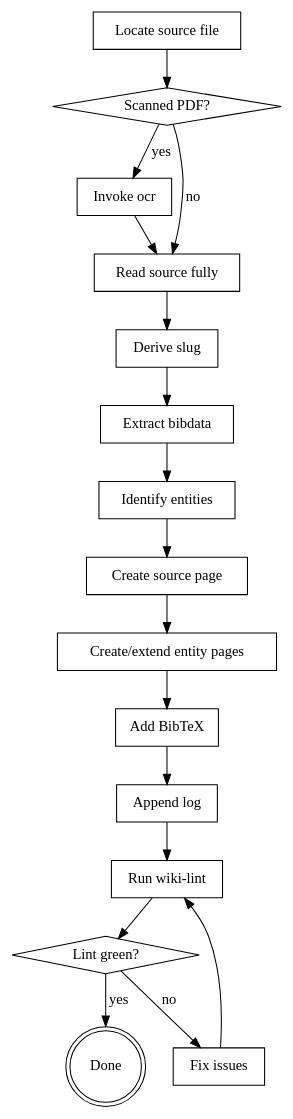
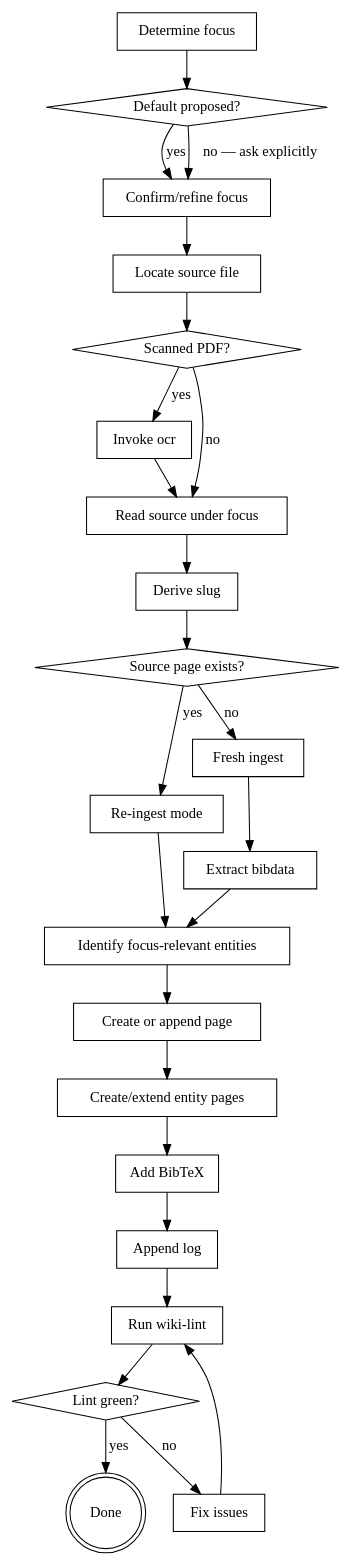
One commit to leiverkus/research-superpowers changed the diagram in skills/ingest-source/SKILL.md. Above: the diagram before and after it, drawn with Graphviz. The commit also changed other lines of this file and 11 other files, not shown here.

````diff
--- a/skills/ingest-source/SKILL.md
+++ b/skills/ingest-source/SKILL.md
@@ -72,36 +88,50 @@
 ```dot
 digraph ingest {
+    "Determine focus" [shape=box];
+    "Default proposed?" [shape=diamond];
+    "Confirm/refine focus" [shape=box];
     "Locate source file" [shape=box];
     "Scanned PDF?" [shape=diamond];
     "Invoke ocr" [shape=box];
-    "Read source fully" [shape=box];
+    "Read source under focus" [shape=box];
     "Derive slug" [shape=box];
+    "Source page exists?" [shape=diamond];
+    "Re-ingest mode" [shape=box];
+    "Fresh ingest" [shape=box];
     "Extract bibdata" [shape=box];
-    "Identify entities" [shape=box];
-    "Create source page" [shape=box];
+    "Identify focus-relevant entities" [shape=box];
+    "Create or append page" [shape=box];
     "Create/extend entity pages" [shape=box];
     "Add BibTeX" [shape=box];
     "Append log" [shape=box];
     "Run wiki-lint" [shape=box];
     "Lint green?" [shape=diamond];
     "Fix issues" [shape=box];
     "Done" [shape=doublecircle];
 
+    "Determine focus" -> "Default proposed?";
+    "Default proposed?" -> "Confirm/refine focus" [label="yes"];
+    "Default proposed?" -> "Confirm/refine focus" [label="no — ask explicitly"];
+    "Confirm/refine focus" -> "Locate source file";
     "Locate source file" -> "Scanned PDF?";
     "Scanned PDF?" -> "Invoke ocr" [label="yes"];
-    "Scanned PDF?" -> "Read source fully" [label="no"];
-    "Invoke ocr" -> "Read source fully";
-    "Read source fully" -> "Derive slug";
-    "Derive slug" -> "Extract bibdata";
-    "Extract bibdata" -> "Identify entities";
-    "Identify entities" -> "Create source page";
-    "Create source page" -> "Create/extend entity pages";
+    "Scanned PDF?" -> "Read source under focus" [label="no"];
+    "Invoke ocr" -> "Read source under focus";
+    "Read source under focus" -> "Derive slug";
+    "Derive slug" -> "Source page exists?";
+    "Source page exists?" -> "Re-ingest mode" [label="yes"];
+    "Source page exists?" -> "Fresh ingest" [label="no"];
+    "Fresh ingest" -> "Extract bibdata";
+    "Re-ingest mode" -> "Identify focus-relevant entities";
+    "Extract bibdata" -> "Identify focus-relevant entities";
+    "Identify focus-relevant entities" -> "Create or append page";
+    "Create or append page" -> "Create/extend entity pages";
     "Create/extend entity pages" -> "Add BibTeX";
     "Add BibTeX" -> "Append log";
     "Append log" -> "Run wiki-lint";
     "Run wiki-lint" -> "Lint green?";
     "Lint green?" -> "Fix issues" [label="no"];
     "Fix issues" -> "Run wiki-lint";
     "Lint green?" -> "Done" [label="yes"];
 }
 ```
````
